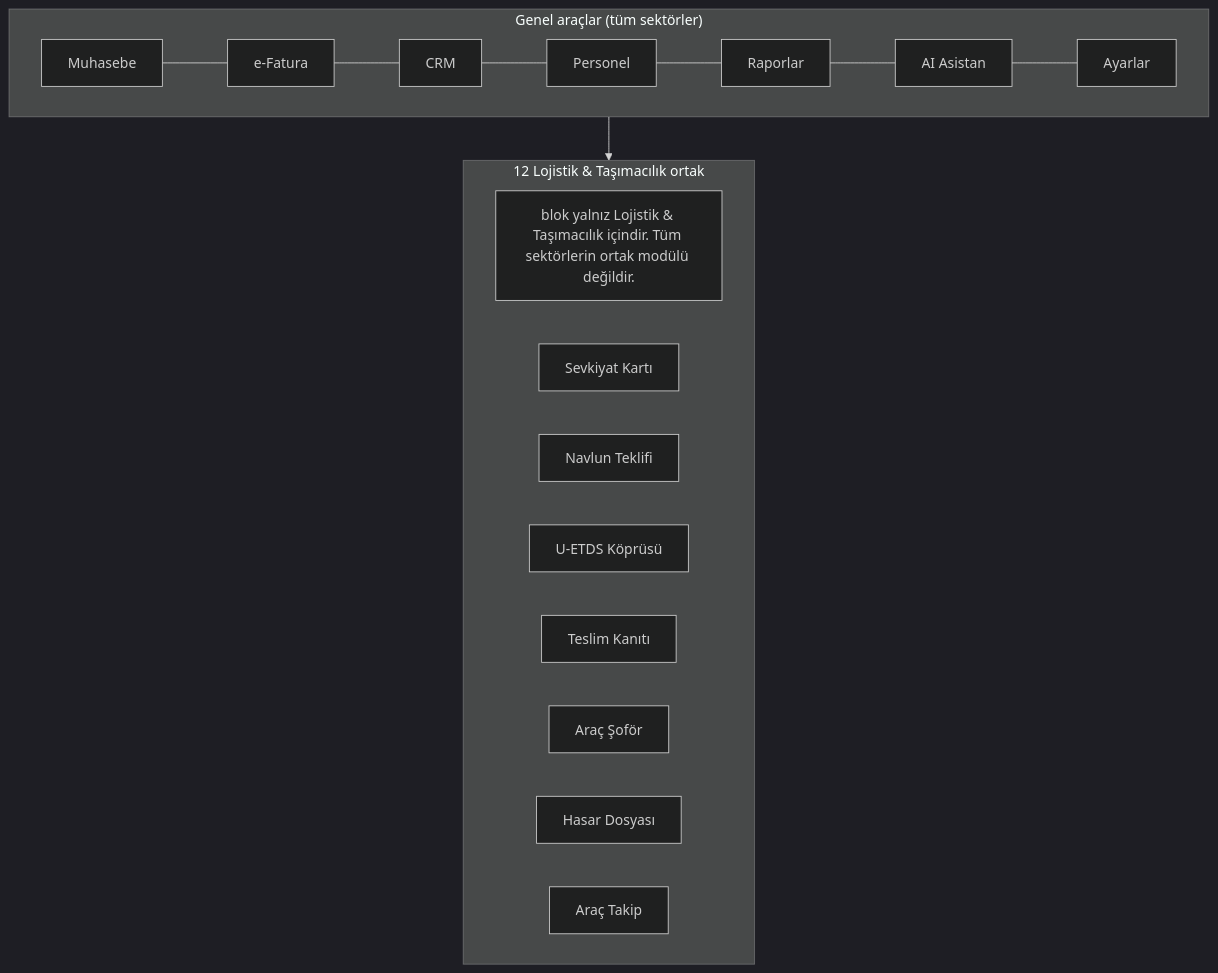
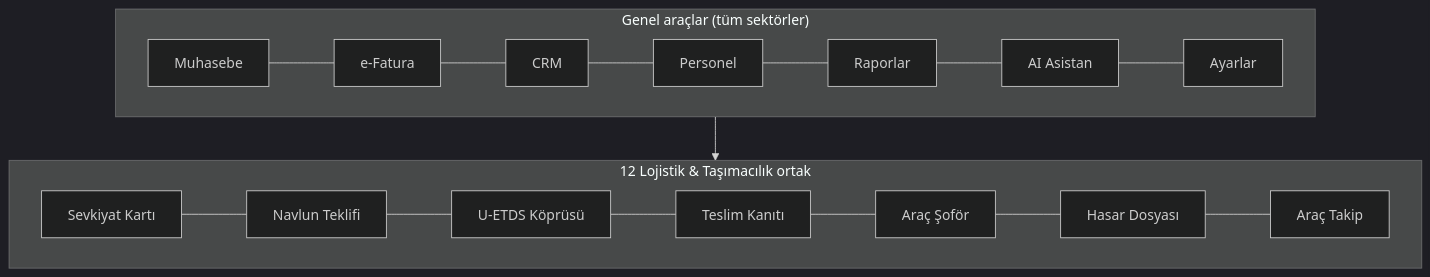
One commit to sametkarabulut-dev/xfuturepos-v2 changed the second of 2 diagrams in 01 Sektörler/12 Lojistik & Taşımacılık.md. Above: the diagram before and after it, drawn with Mermaid (dark theme). The commit also changed other lines of this file and 823 other files, not shown here.

````diff
--- a/01 Sektörler/12 Lojistik & Taşımacılık.md
+++ b/01 Sektörler/12 Lojistik & Taşımacılık.md
@@ -69,17 +61,10 @@
 ```mermaid
 flowchart TB
   subgraph GEN["Genel araçlar (tüm sektörler)"]
     G1[Muhasebe] --- G2[e-Fatura] --- G3[CRM] --- G4[Personel] --- G5[Raporlar] --- G6[AI Asistan] --- G7[Ayarlar]
   end
   subgraph OZEL["12 Lojistik & Taşımacılık ortak"]
-    O1[blok yalnız Lojistik & Taşımacılık içindir. Tüm sektörlerin ortak modülü değildir.]
-    O2[Sevkiyat Kartı]
-    O3[Navlun Teklifi]
-    O4[U-ETDS Köprüsü]
-    O5[Teslim Kanıtı]
-    O6[Araç Şoför]
-    O7[Hasar Dosyası]
-    O8[Araç Takip]
+    O1[Sevkiyat Kartı] --- O2[Navlun Teklifi] --- O3[U-ETDS Köprüsü] --- O4[Teslim Kanıtı] --- O5[Araç Şoför] --- O6[Hasar Dosyası] --- O7[Araç Takip]
   end
   GEN --> OZEL
 ```
````
